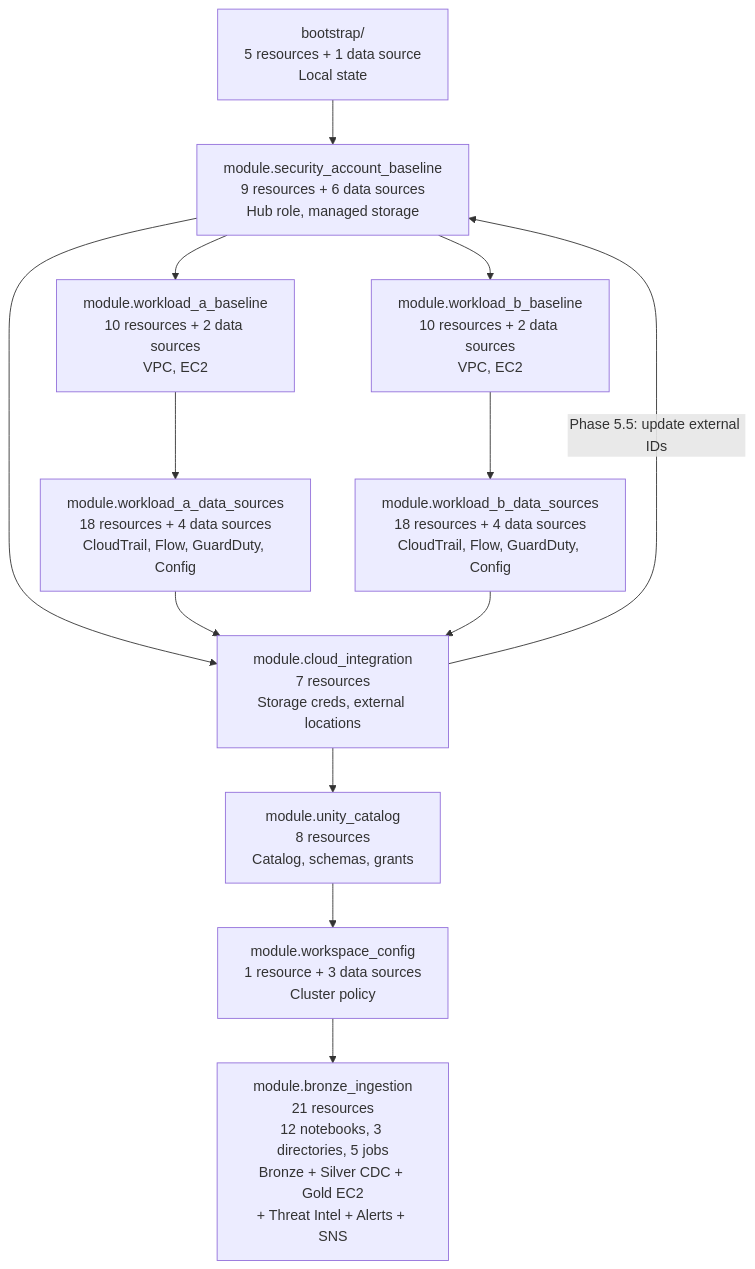
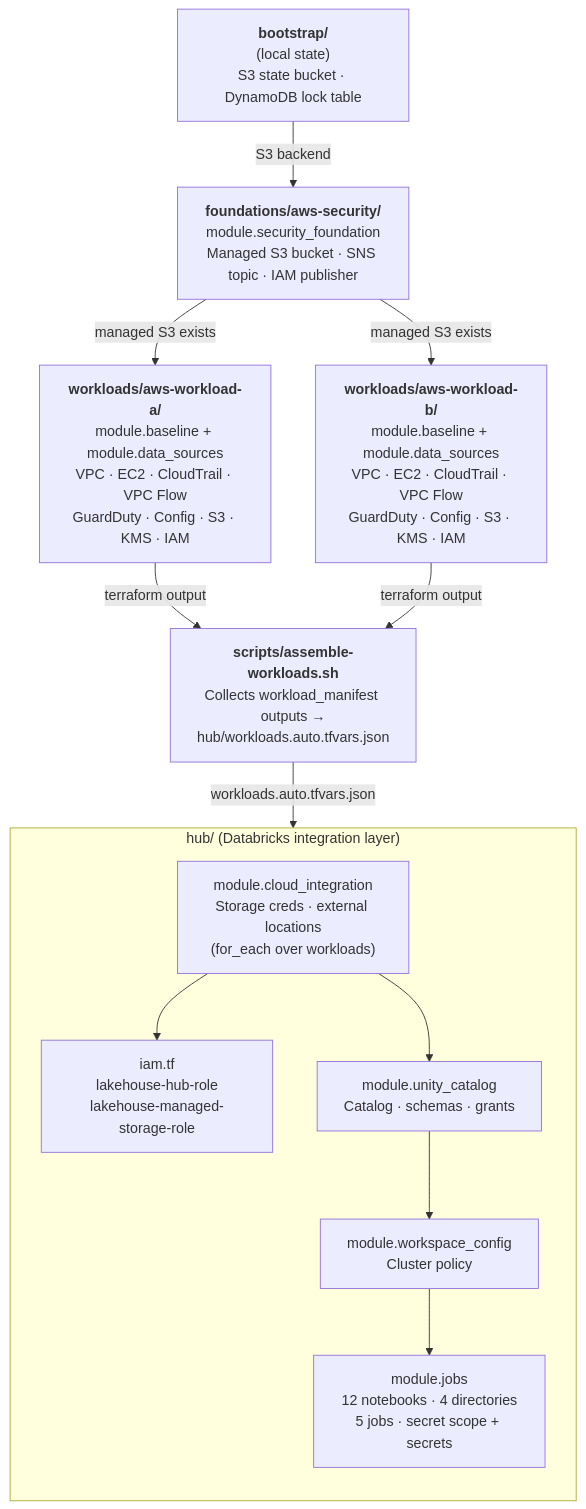
The fourth of 4 diagrams in architecture_diagram.md (snk5125/security-data-platform), drawn with Mermaid before and after one commit. The commit also changed other lines of this file and 3 other files, not shown here.

First line of the commit message:
docs: update architecture diagrams for multi-root Terraform structure

````diff
--- a/architecture_diagram.md
+++ b/architecture_diagram.md
@@ -284,32 +286,30 @@
 ```mermaid
 graph TD
-    BOOT["bootstrap/<br/>5 resources + 1 data source<br/>Local state"]
+    BOOT["<b>bootstrap/</b><br/>(local state)<br/>S3 state bucket · DynamoDB lock table"]
 
-    SAB["module.security_account_baseline<br/>9 resources + 6 data sources<br/>Hub role, managed storage"]
+    FOUND["<b>foundations/aws-security/</b><br/>module.security_foundation<br/>Managed S3 bucket · SNS topic · IAM publisher"]
 
-    WAB["module.workload_a_baseline<br/>10 resources + 2 data sources<br/>VPC, EC2"]
+    WKA["<b>workloads/aws-workload-a/</b><br/>module.baseline + module.data_sources<br/>VPC · EC2 · CloudTrail · VPC Flow<br/>GuardDuty · Config · S3 · KMS · IAM"]
 
-    WBB["module.workload_b_baseline<br/>10 resources + 2 data sources<br/>VPC, EC2"]
+    WKB["<b>workloads/aws-workload-b/</b><br/>module.baseline + module.data_sources<br/>VPC · EC2 · CloudTrail · VPC Flow<br/>GuardDuty · Config · S3 · KMS · IAM"]
 
-    WADS["module.workload_a_data_sources<br/>18 resources + 4 data sources<br/>CloudTrail, Flow, GuardDuty, Config"]
+    ASM["<b>scripts/assemble-workloads.sh</b><br/>Collects workload_manifest outputs →<br/>hub/workloads.auto.tfvars.json"]
 
-    WBDS["module.workload_b_data_sources<br/>18 resources + 4 data sources<br/>CloudTrail, Flow, GuardDuty, Config"]
+    subgraph HUB ["hub/ (Databricks integration layer)"]
+        direction TB
+        IAM["iam.tf<br/>lakehouse-hub-role<br/>lakehouse-managed-storage-role"]
+        CI["module.cloud_integration<br/>Storage creds · external locations<br/>(for_each over workloads)"]
+        UC["module.unity_catalog<br/>Catalog · schemas · grants"]
+        WC["module.workspace_config<br/>Cluster policy"]
+        JOBS["module.jobs<br/>12 notebooks · 4 directories<br/>5 jobs · secret scope + secrets"]
+        CI --> IAM
+        CI --> UC
+        UC --> WC
+        WC --> JOBS
+    end
 
-    CI["module.cloud_integration<br/>7 resources<br/>Storage creds, external locations"]
-
-    UC["module.unity_catalog<br/>8 resources<br/>Catalog, schemas, grants"]
-
-    WC["module.workspace_config<br/>1 resource + 3 data sources<br/>Cluster policy"]
-
-    BI["module.bronze_ingestion<br/>21 resources<br/>12 notebooks, 3 directories, 5 jobs<br/>Bronze + Silver CDC + Gold EC2<br/>+ Threat Intel + Alerts + SNS"]
-
-    BOOT --> SAB
-    SAB --> WAB & WBB
-    WAB --> WADS
-    WBB --> WBDS
-    SAB & WADS & WBDS --> CI
-    CI -->|"Phase 5.5: update external IDs"| SAB
-    CI --> UC
-    UC --> WC
-    WC --> BI
+    BOOT -->|"S3 backend"| FOUND
+    FOUND -->|"managed S3 exists"| WKA & WKB
+    WKA & WKB -->|"terraform output"| ASM
+    ASM -->|"workloads.auto.tfvars.json"| CI
 ```
````
